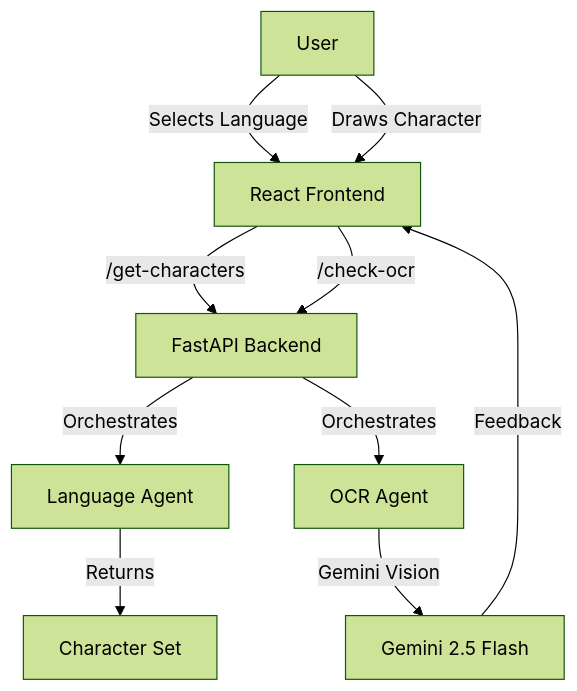
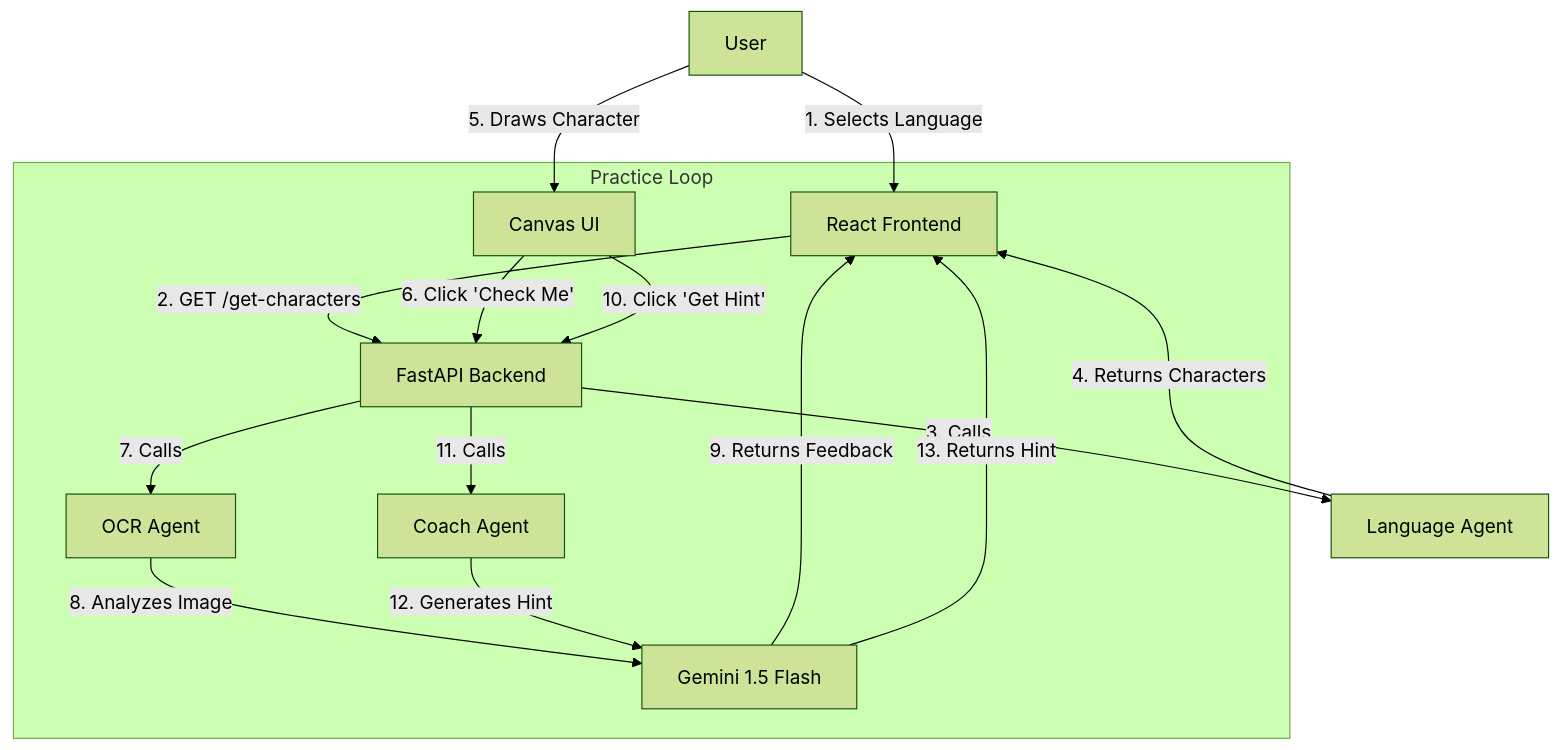
One commit to DIlRawat/chalk changed the diagram in README.md. Above: the diagram before and after it, drawn with Mermaid (forest theme). The commit also changed other lines of this file, not shown here.

Commit message:
updated readme file

````diff
--- a/README.md
+++ b/README.md
@@ -18,13 +18,21 @@
 ```mermaid
 graph TD
-    User[User] -->|Selects Language| Frontend[React Frontend]
-    Frontend -->|/get-characters| Backend[FastAPI Backend]
-    Backend -->|Orchestrates| RootAgent[Language Agent]
-    RootAgent -->|Returns| Characters[Character Set]
+    User[User] -->|1. Selects Language| Frontend[React Frontend]
+    Frontend -->|2. GET /get-characters| Backend[FastAPI Backend]
+    Backend -->|3. Calls| LangAgent[Language Agent]
+    LangAgent -->|4. Returns Characters| Frontend
     
-    User -->|Draws Character| Frontend
-    Frontend -->|/check-ocr| Backend
-    Backend -->|Orchestrates| OCRAgent[OCR Agent]
-    OCRAgent -->|Gemini Vision| Vision[Gemini 2.5 Flash]
-    Vision -->|Feedback| Frontend
+    User -->|5. Draws Character| Canvas[Canvas UI]
+    
+    subgraph "Practice Loop"
+        Canvas -->|6. Click 'Check Me'| Backend
+        Backend -->|7. Calls| OCRAgent[OCR Agent]
+        OCRAgent -->|8. Analyzes Image| Vision[Gemini 1.5 Flash]
+        Vision -->|9. Returns Feedback| Frontend
+        
+        Canvas -->|10. Click 'Get Hint'| Backend
+        Backend -->|11. Calls| CoachAgent[Coach Agent]
+        CoachAgent -->|12. Generates Hint| Vision
+        Vision -->|13. Returns Hint| Frontend
+    end
 ```
````
